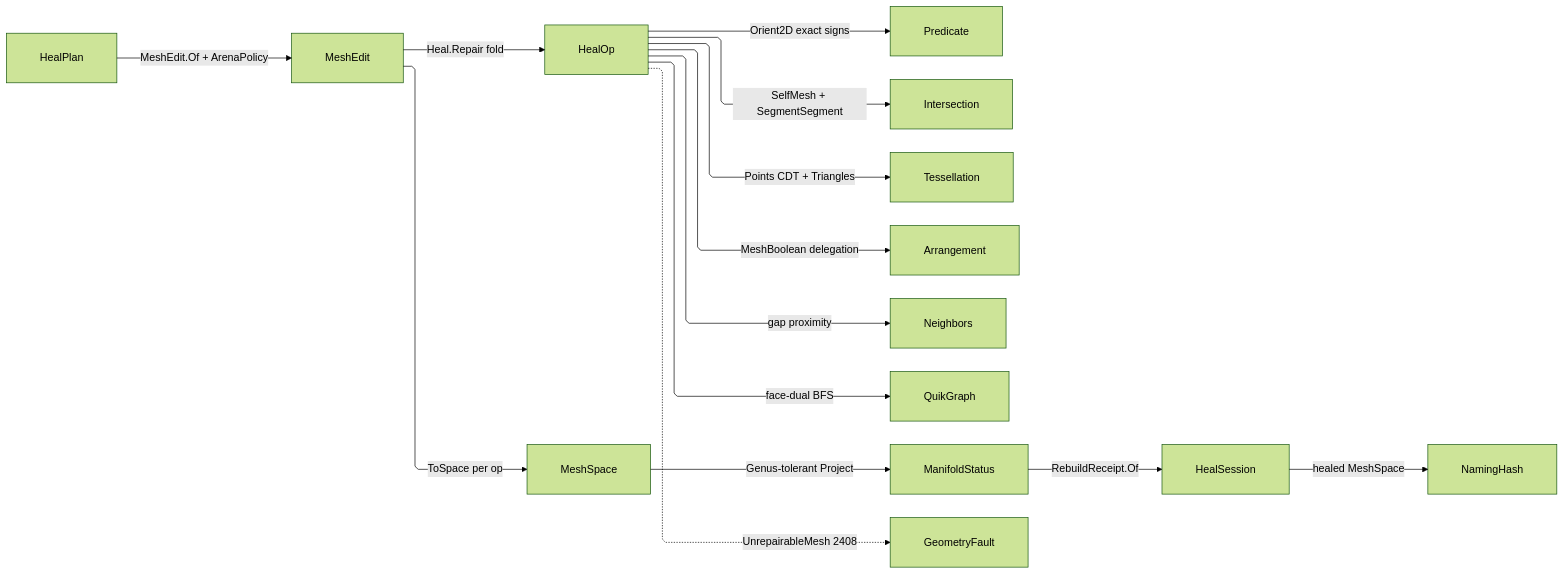
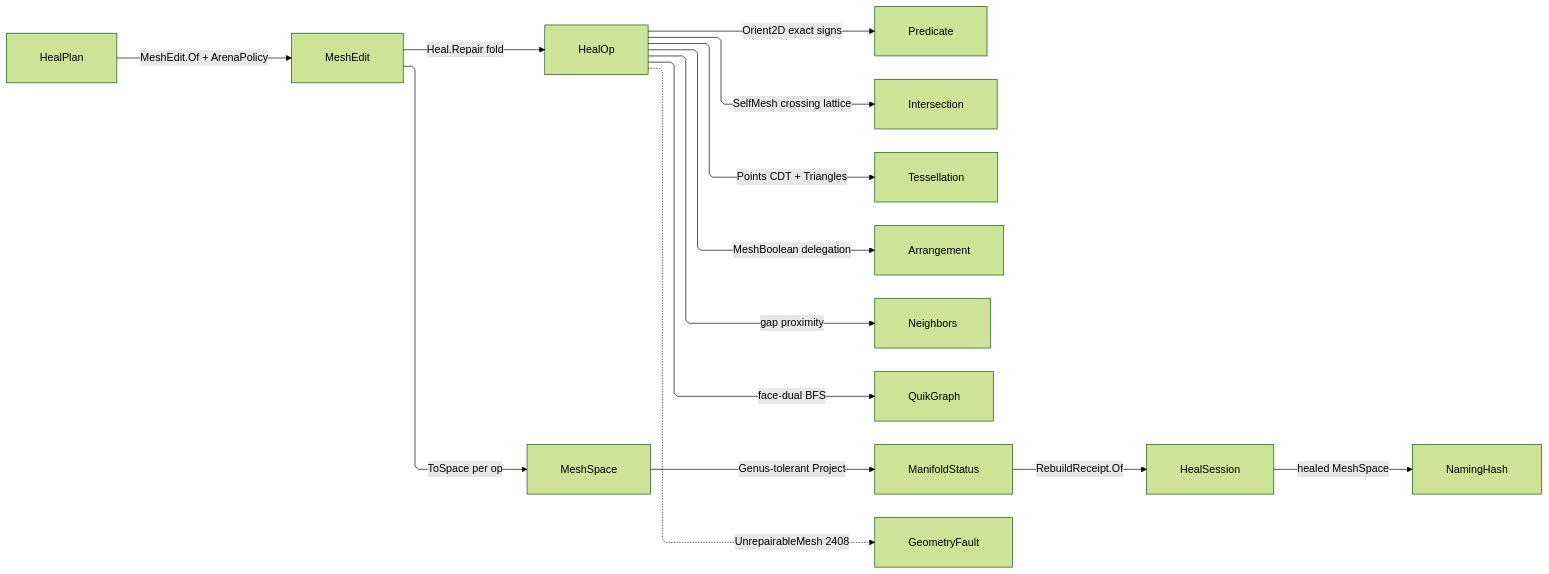
The diagram in libs/csharp/Rasm/.planning/Processing/repair.md (bsamiee/Rasm), drawn with Mermaid (forest theme) before and after one commit. The commit also changed other lines of this file and 747 other files, not shown here.

````diff
--- a/libs/csharp/Rasm/.planning/Processing/repair.md
+++ b/libs/csharp/Rasm/.planning/Processing/repair.md
@@ -519,25 +493,25 @@
 ```mermaid
 ---
 config:
   layout: elk
   flowchart:
     curve: linear
     padding: 25
 ---
 flowchart LR
     accTitle: Mesh heal operation fold
     accDescr: A heal plan entering the mesh-edit arena where each repair operation draws on exact predicates, intersection, tessellation, boolean arrangement, proximity, and face-dual traversal, the frozen space projecting manifold status into a rebuild receipt and the healed space into naming identity, with the unrepairable arm leaving as a geometry fault.
     HealPlan -->|MeshEdit.Of + ArenaPolicy| MeshEdit
     MeshEdit -->|Heal.Repair fold| HealOp
     HealOp -->|Orient2D exact signs| Predicate
-    HealOp -->|SelfMesh + SegmentSegment| Intersection
+    HealOp -->|SelfMesh crossing lattice| Intersection
     HealOp -->|Points CDT + Triangles| Tessellation
     HealOp -->|MeshBoolean delegation| Arrangement
     HealOp -->|gap proximity| Neighbors
     HealOp -->|face-dual BFS| QuikGraph
     MeshEdit -->|ToSpace per op| MeshSpace
     MeshSpace -->|Genus-tolerant Project| ManifoldStatus
     ManifoldStatus -->|RebuildReceipt.Of| HealSession
     HealSession -->|healed MeshSpace| NamingHash
     HealOp -.->|UnrepairableMesh 2408| GeometryFault
 ```
````
